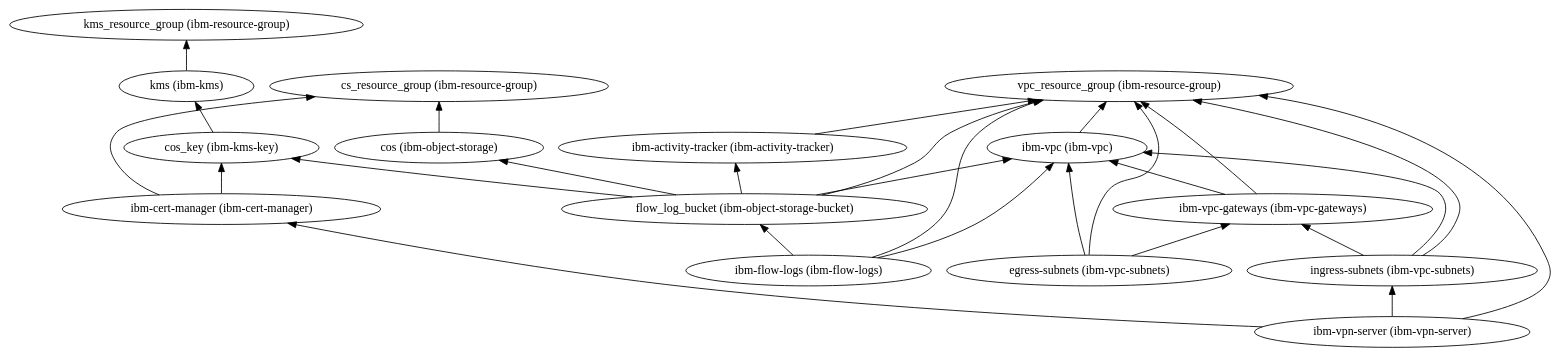
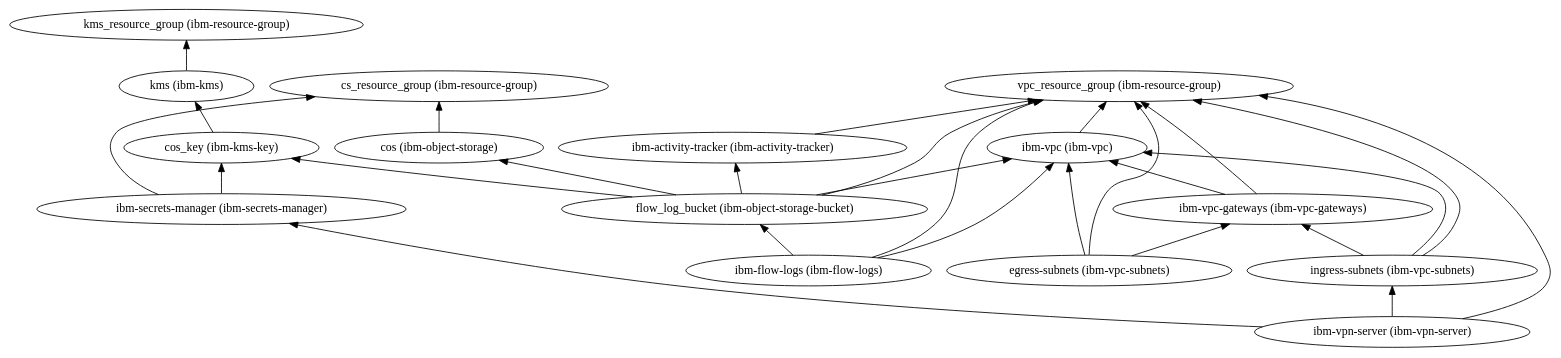
One commit to IBM/automation-ibmcloud-infra-openshift changed the diagram in 2-standard/110-ibm-vpc-edge-standard/dependencies.dot. Above: the diagram before and after it, drawn with Graphviz. The commit also changed 16 other files, not shown here.

Commit message:
Changes to secrets manager for certificates

```diff
--- a/2-standard/110-ibm-vpc-edge-standard/dependencies.dot
+++ b/2-standard/110-ibm-vpc-edge-standard/dependencies.dot
@@ -1,44 +1,44 @@
 digraph {
     rankdir="BT"
     "ibm-activity-tracker (ibm-activity-tracker)" -> "vpc_resource_group (ibm-resource-group)"
 "ibm-activity-tracker (ibm-activity-tracker)"
 "vpc_resource_group (ibm-resource-group)"
-"ibm-cert-manager (ibm-cert-manager)" -> "cs_resource_group (ibm-resource-group)"
-"ibm-cert-manager (ibm-cert-manager)" -> "cos_key (ibm-kms-key)"
-"ibm-cert-manager (ibm-cert-manager)"
-"cs_resource_group (ibm-resource-group)"
-"cos_key (ibm-kms-key)" -> "kms (ibm-kms)"
-"cos_key (ibm-kms-key)"
-"kms (ibm-kms)" -> "kms_resource_group (ibm-resource-group)"
-"kms (ibm-kms)"
-"kms_resource_group (ibm-resource-group)"
 "ibm-flow-logs (ibm-flow-logs)" -> "vpc_resource_group (ibm-resource-group)"
 "ibm-flow-logs (ibm-flow-logs)" -> "flow_log_bucket (ibm-object-storage-bucket)"
 "ibm-flow-logs (ibm-flow-logs)" -> "ibm-vpc (ibm-vpc)"
 "ibm-flow-logs (ibm-flow-logs)"
 "flow_log_bucket (ibm-object-storage-bucket)" -> "vpc_resource_group (ibm-resource-group)"
 "flow_log_bucket (ibm-object-storage-bucket)" -> "cos (ibm-object-storage)"
 "flow_log_bucket (ibm-object-storage-bucket)" -> "cos_key (ibm-kms-key)"
 "flow_log_bucket (ibm-object-storage-bucket)" -> "ibm-activity-tracker (ibm-activity-tracker)"
 "flow_log_bucket (ibm-object-storage-bucket)" -> "ibm-vpc (ibm-vpc)"
 "flow_log_bucket (ibm-object-storage-bucket)"
 "cos (ibm-object-storage)" -> "cs_resource_group (ibm-resource-group)"
 "cos (ibm-object-storage)"
+"cs_resource_group (ibm-resource-group)"
+"cos_key (ibm-kms-key)" -> "kms (ibm-kms)"
+"cos_key (ibm-kms-key)"
+"kms (ibm-kms)" -> "kms_resource_group (ibm-resource-group)"
+"kms (ibm-kms)"
+"kms_resource_group (ibm-resource-group)"
 "ibm-vpc (ibm-vpc)" -> "vpc_resource_group (ibm-resource-group)"
 "ibm-vpc (ibm-vpc)"
+"ibm-secrets-manager (ibm-secrets-manager)" -> "cs_resource_group (ibm-resource-group)"
+"ibm-secrets-manager (ibm-secrets-manager)" -> "cos_key (ibm-kms-key)"
+"ibm-secrets-manager (ibm-secrets-manager)"
 "ibm-vpc-gateways (ibm-vpc-gateways)" -> "vpc_resource_group (ibm-resource-group)"
 "ibm-vpc-gateways (ibm-vpc-gateways)" -> "ibm-vpc (ibm-vpc)"
 "ibm-vpc-gateways (ibm-vpc-gateways)"
 "ingress-subnets (ibm-vpc-subnets)" -> "vpc_resource_group (ibm-resource-group)"
 "ingress-subnets (ibm-vpc-subnets)" -> "ibm-vpc (ibm-vpc)"
 "ingress-subnets (ibm-vpc-subnets)" -> "ibm-vpc-gateways (ibm-vpc-gateways)"
 "ingress-subnets (ibm-vpc-subnets)"
 "egress-subnets (ibm-vpc-subnets)" -> "vpc_resource_group (ibm-resource-group)"
 "egress-subnets (ibm-vpc-subnets)" -> "ibm-vpc (ibm-vpc)"
 "egress-subnets (ibm-vpc-subnets)" -> "ibm-vpc-gateways (ibm-vpc-gateways)"
 "egress-subnets (ibm-vpc-subnets)"
 "ibm-vpn-server (ibm-vpn-server)" -> "vpc_resource_group (ibm-resource-group)"
 "ibm-vpn-server (ibm-vpn-server)" -> "ingress-subnets (ibm-vpc-subnets)"
-"ibm-vpn-server (ibm-vpn-server)" -> "ibm-cert-manager (ibm-cert-manager)"
+"ibm-vpn-server (ibm-vpn-server)" -> "ibm-secrets-manager (ibm-secrets-manager)"
 "ibm-vpn-server (ibm-vpn-server)"
   }
```
